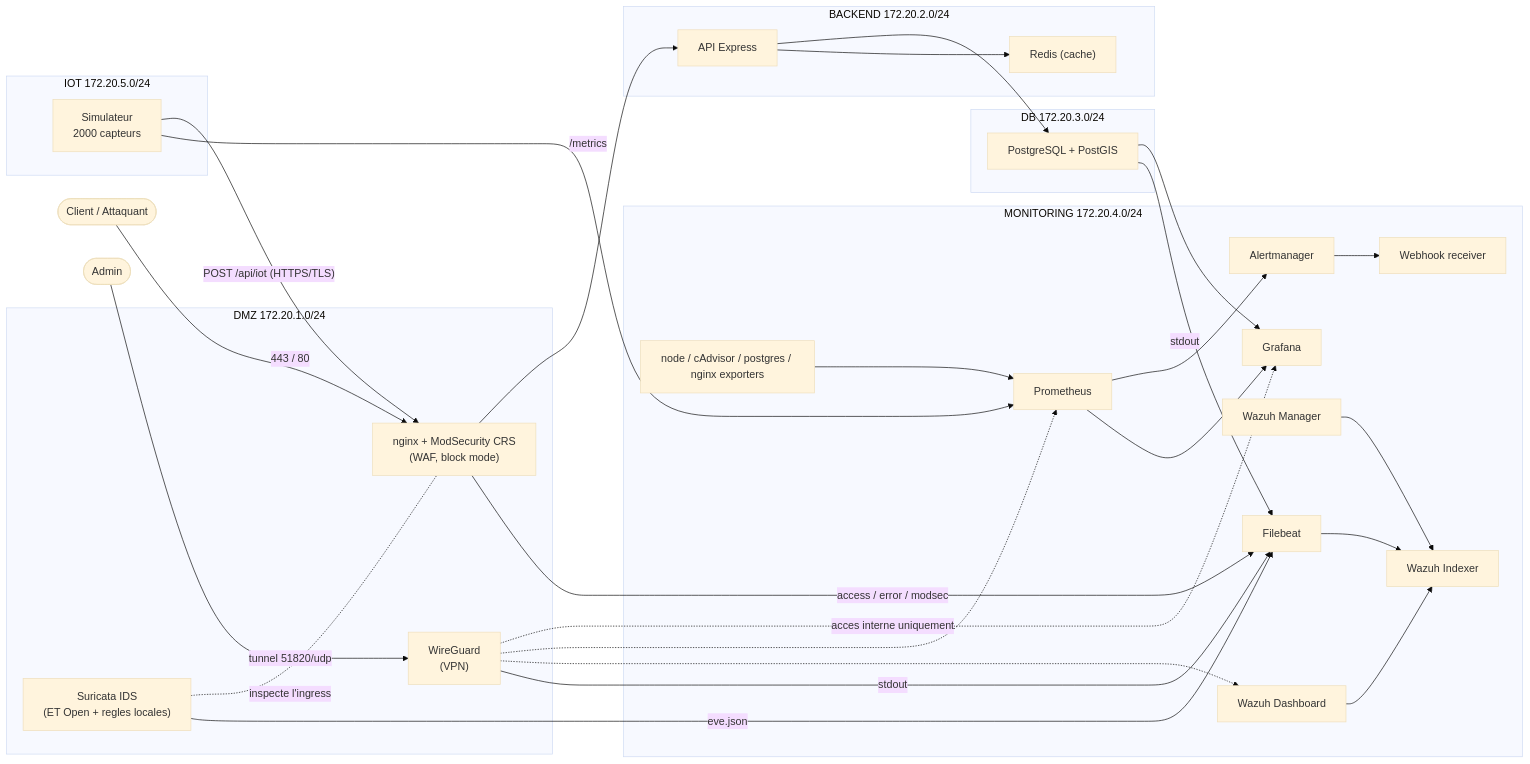
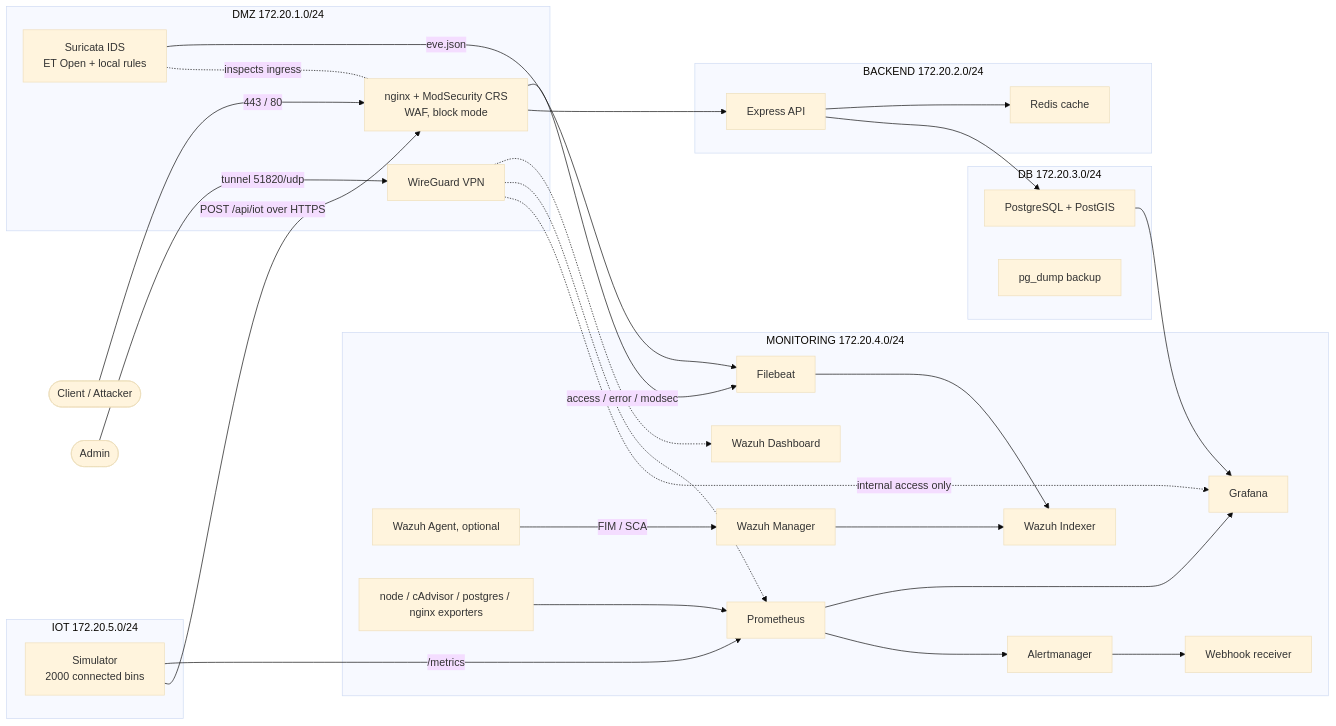
One commit to AbrASM1/Ecotrack changed the diagram in README.md. Above: the diagram before and after it, drawn with Mermaid (base theme). The commit also changed other lines of this file and 1 other file, not shown here.

````diff
--- a/README.md
+++ b/README.md
@@ -7,63 +9,63 @@
 ```mermaid
 flowchart LR
-  Client([Client / Attaquant])
+  Client([Client / Attacker])
   Admin([Admin])
 
   subgraph dmz["DMZ 172.20.1.0/24"]
-    WAF["nginx + ModSecurity CRS<br/>(WAF, block mode)"]
-    SUR["Suricata IDS<br/>(ET Open + regles locales)"]
-    WG["WireGuard<br/>(VPN)"]
+    WAF["nginx + ModSecurity CRS<br/>WAF, block mode"]
+    SUR["Suricata IDS<br/>ET Open + local rules"]
+    WG["WireGuard VPN"]
   end
 
   subgraph backend["BACKEND 172.20.2.0/24"]
-    API["API Express"]
-    REDIS["Redis (cache)"]
+    API["Express API"]
+    REDIS["Redis cache"]
   end
 
   subgraph db["DB 172.20.3.0/24"]
     PG["PostgreSQL + PostGIS"]
+    BK["pg_dump backup"]
   end
 
   subgraph iot["IOT 172.20.5.0/24"]
-    SIM["Simulateur<br/>2000 capteurs"]
+    SIM["Simulator<br/>2000 connected bins"]
   end
 
   subgraph mon["MONITORING 172.20.4.0/24"]
     PROM["Prometheus"]
     GRAF["Grafana"]
     AM["Alertmanager"]
     HOOK["Webhook receiver"]
     WAZI["Wazuh Indexer"]
     WAZM["Wazuh Manager"]
     WAZD["Wazuh Dashboard"]
+    AGENT["Wazuh Agent, optional"]
     FB["Filebeat"]
     EXP["node / cAdvisor / postgres / nginx exporters"]
   end
 
   Client -->|"443 / 80"| WAF
+  SIM -->|"POST /api/iot over HTTPS"| WAF
   WAF --> API
-  SUR -. "inspecte l'ingress" .- WAF
+  SUR -. "inspects ingress" .- WAF
   API --> PG
   API --> REDIS
-  SIM -->|"POST /api/iot (HTTPS/TLS)"| WAF
 
   Admin -->|"tunnel 51820/udp"| WG
-  WG -.->|"acces interne uniquement"| GRAF
+  WG -.->|"internal access only"| GRAF
   WG -.-> PROM
   WG -.-> WAZD
 
   EXP --> PROM
   SIM -->|"/metrics"| PROM
   PROM --> AM
   AM --> HOOK
   PROM --> GRAF
   PG --> GRAF
 
   WAF -->|"access / error / modsec"| FB
   SUR -->|"eve.json"| FB
-  PG -->|"stdout"| FB
-  WG -->|"stdout"| FB
   FB --> WAZI
   WAZM --> WAZI
-  WAZD --> WAZI
+  AGENT -->|"FIM / SCA"| WAZM
 ```
````
